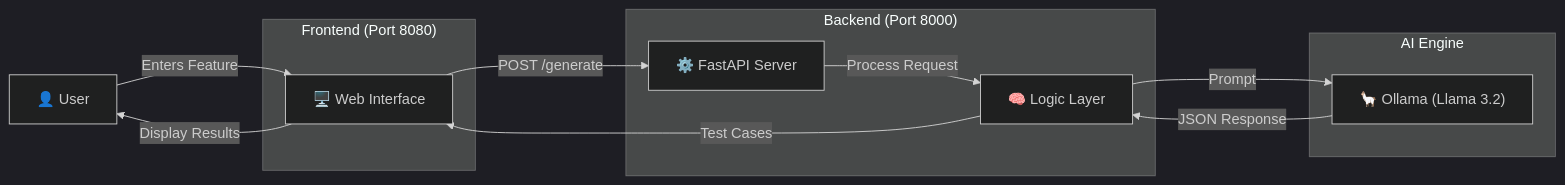
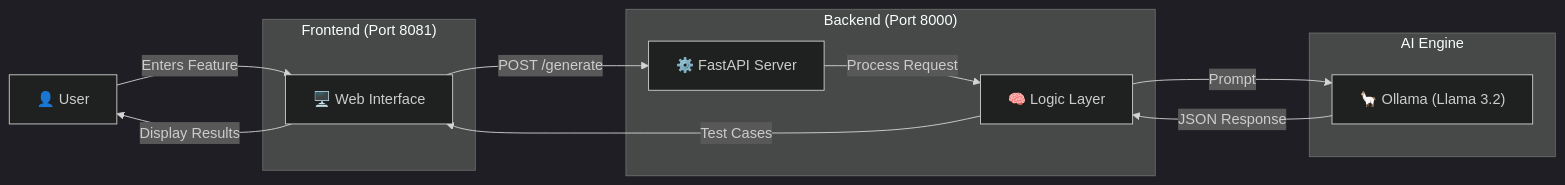
One commit to Gpalak21/Local-TestCase-Generator changed the diagram in README.md. Above: the diagram before and after it, drawn with Mermaid (dark theme). The commit also changed other lines of this file and 3 other files, not shown here.

Commit message:
Update frontend port to 8081 and include deployment scripts

````diff
--- a/README.md
+++ b/README.md
@@ -13,24 +13,24 @@
 ```mermaid
 graph LR
     User[👤 User]
-    subgraph "Frontend (Port 8080)"
+    subgraph "Frontend (Port 8081)"
     UI[🖥️ Web Interface]
     end
     
     subgraph "Backend (Port 8000)"
     API[⚙️ FastAPI Server]
     Logic[🧠 Logic Layer]
     end
     
     subgraph "AI Engine"
     Ollama["🦙 Ollama (Llama 3.2)"]
     end
 
     User -->|Enters Feature| UI
     UI -->|POST /generate| API
     API -->|Process Request| Logic
     Logic -->|Prompt| Ollama
     Ollama -->|JSON Response| Logic
     Logic -->|Test Cases| UI
     UI -->|Display Results| User
 ```
````
